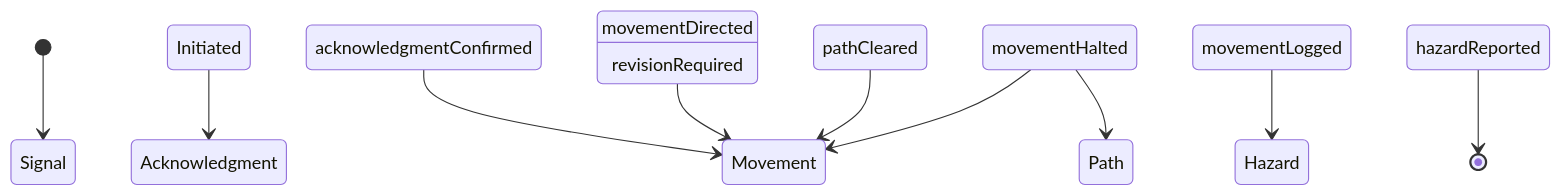
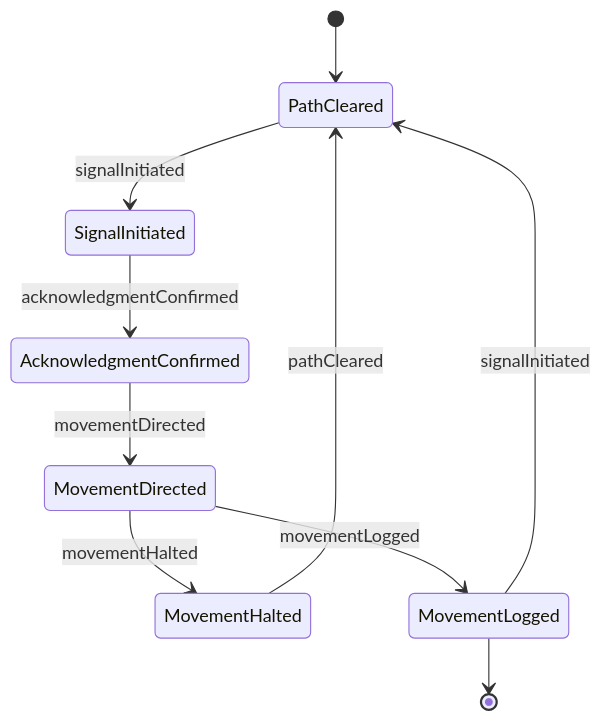
One commit to dot-org-ai/tasks.org.ai changed the second of 4 diagrams in CommunicatingWithSupervisorsPeersOrSubordinates/SignalOthersToCoordinateWorkActivities/SignalOthersCoordinateVehicleMovement.mdx. Above: the diagram before and after it, drawn with Mermaid. The commit also changed other lines of this file and 515 other files, not shown here.

````diff
--- a/CommunicatingWithSupervisorsPeersOrSubordinates/SignalOthersToCoordinateWorkActivities/SignalOthersCoordinateVehicleMovement.mdx
+++ b/CommunicatingWithSupervisorsPeersOrSubordinates/SignalOthersToCoordinateWorkActivities/SignalOthersCoordinateVehicleMovement.mdx
@@ -95,12 +95,12 @@
 ```mermaid
 stateDiagram-v2
-    [*] --> Signal Initiated
-    Signal Initiated --> Acknowledgment Confirmed : acknowledgmentConfirmed
-    Acknowledgment Confirmed --> Movement Directed : movementDirected
-    Movement Directed --> Movement Halted : movementHalted
-    Movement Halted --> Path Cleared : pathCleared
-    Path Cleared --> Movement Logged : movementLogged
-    Movement Logged --> Hazard Reported : hazardReported
-    Movement Halted --> Movement Directed : revisionRequired
-    Hazard Reported --> [*]
+    [*] --> PathCleared
+    PathCleared --> SignalInitiated : signalInitiated
+    SignalInitiated --> AcknowledgmentConfirmed : acknowledgmentConfirmed
+    AcknowledgmentConfirmed --> MovementDirected : movementDirected
+    MovementDirected --> MovementHalted : movementHalted
+    MovementHalted --> PathCleared : pathCleared
+    MovementDirected --> MovementLogged : movementLogged
+    MovementLogged --> PathCleared : signalInitiated
+    MovementLogged --> [*]
 ```
````
